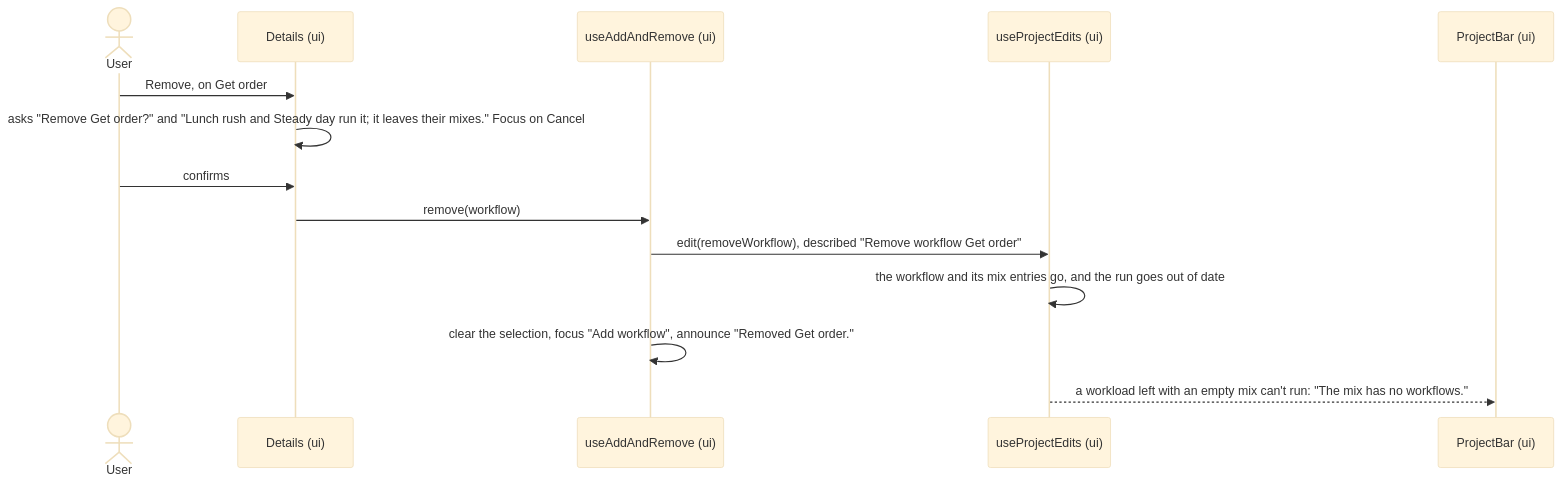
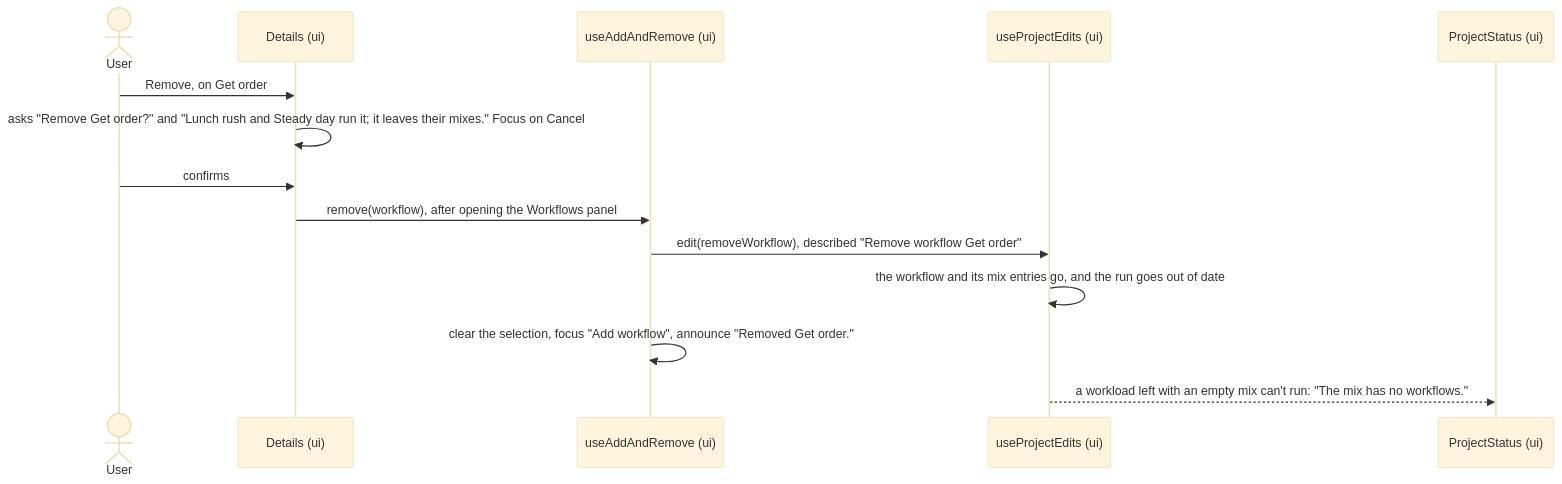
Before and after one commit to alanbickel/wind-tunnel: diagram 12 of 13 in docs/architecture/workflow-editor.md, drawn with Mermaid (base theme). The commit also changed other lines of this file and 64 other files, not shown here.

````diff
--- a/docs/architecture/workflow-editor.md
+++ b/docs/architecture/workflow-editor.md
@@ -344,16 +344,16 @@
 ```mermaid
 sequenceDiagram
     actor User
     participant D as Details (ui)
     participant R as useAddAndRemove (ui)
     participant E as useProjectEdits (ui)
-    participant P as ProjectBar (ui)
+    participant P as ProjectStatus (ui)
     User->>D: Remove, on Get order
     D->>D: asks "Remove Get order?" and "Lunch rush and Steady day run it#59; it leaves their mixes." Focus on Cancel
     User->>D: confirms
-    D->>R: remove(workflow)
+    D->>R: remove(workflow), after opening the Workflows panel
     R->>E: edit(removeWorkflow), described "Remove workflow Get order"
     E->>E: the workflow and its mix entries go, and the run goes out of date
     R->>R: clear the selection, focus "Add workflow", announce "Removed Get order."
     E-->>P: a workload left with an empty mix can't run: "The mix has no workflows."
 ```
````
